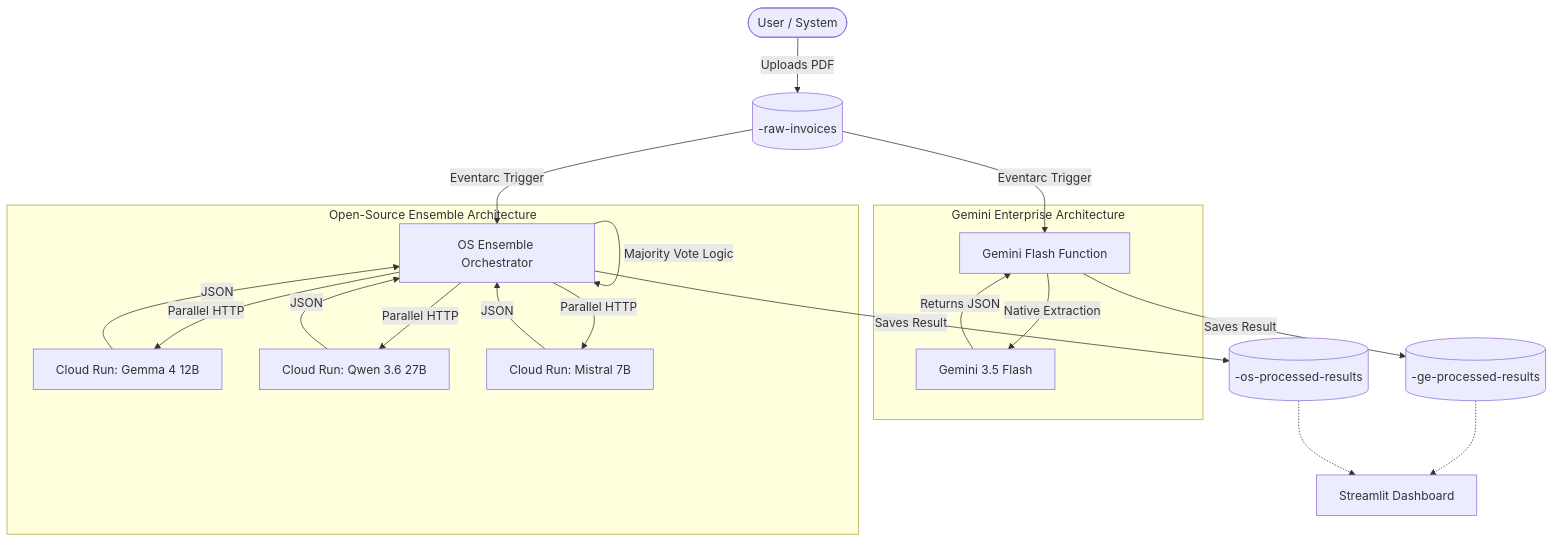
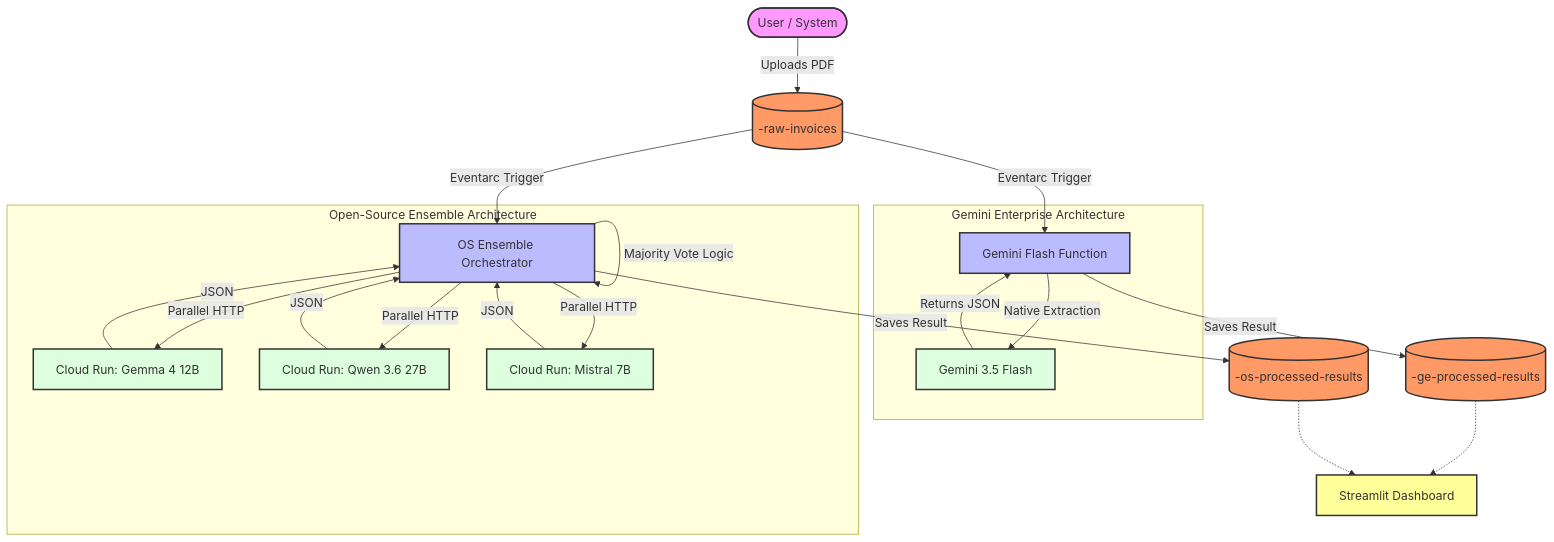
One commit to wojciehm/gcp-invoice-processor-demo changed the first of 2 diagrams in README.md. Above: the diagram before and after it, drawn with Mermaid. The commit also changed other lines of this file, not shown here.

Commit message:
docs: add vivid colors to architecture diagrams for better readability

````diff
--- a/README.md
+++ b/README.md
@@ -25,30 +25,36 @@
 ```mermaid
 graph TD
-    User([User / System]) -->|Uploads PDF| RawBucket[(<YOUR_BUCKET_PREFIX>-raw-invoices)]
+    classDef user fill:#f9f,stroke:#333,stroke-width:2px;
+    classDef bucket fill:#f96,stroke:#333,stroke-width:2px;
+    classDef compute fill:#bbf,stroke:#333,stroke-width:2px;
+    classDef model fill:#dfd,stroke:#333,stroke-width:2px;
+    classDef dashboard fill:#ff9,stroke:#333,stroke-width:2px;
+
+    User([User / System]):::user -->|Uploads PDF| RawBucket[(<YOUR_BUCKET_PREFIX>-raw-invoices)]:::bucket
     
-    RawBucket -->|Eventarc Trigger| GEM_CF[Gemini Flash Function]
-    RawBucket -->|Eventarc Trigger| OS_CF[OS Ensemble Orchestrator]
+    RawBucket -->|Eventarc Trigger| GEM_CF[Gemini Flash Function]:::compute
+    RawBucket -->|Eventarc Trigger| OS_CF[OS Ensemble Orchestrator]:::compute
     
     subgraph "Gemini Enterprise Architecture"
-        GEM_CF -->|Native Extraction| Gemini[Gemini 3.5 Flash]
+        GEM_CF -->|Native Extraction| Gemini[Gemini 3.5 Flash]:::model
         Gemini -->|Returns JSON| GEM_CF
     end
     
     subgraph "Open-Source Ensemble Architecture"
-        OS_CF -->|Parallel HTTP| Model1[Cloud Run: Gemma 4 12B]
-        OS_CF -->|Parallel HTTP| Model2[Cloud Run: Qwen 3.6 27B]
-        OS_CF -->|Parallel HTTP| Model3[Cloud Run: Mistral 7B]
+        OS_CF -->|Parallel HTTP| Model1[Cloud Run: Gemma 4 12B]:::model
+        OS_CF -->|Parallel HTTP| Model2[Cloud Run: Qwen 3.6 27B]:::model
+        OS_CF -->|Parallel HTTP| Model3[Cloud Run: Mistral 7B]:::model
         
         Model1 -->|JSON| OS_CF
         Model2 -->|JSON| OS_CF
         Model3 -->|JSON| OS_CF
         
         OS_CF -->|Majority Vote Logic| OS_CF
     end
     
-    GEM_CF -->|Saves Result| GEBucket[(<YOUR_BUCKET_PREFIX>-ge-processed-results)]
-    OS_CF -->|Saves Result| OSBucket[(<YOUR_BUCKET_PREFIX>-os-processed-results)]
+    GEM_CF -->|Saves Result| GEBucket[(<YOUR_BUCKET_PREFIX>-ge-processed-results)]:::bucket
+    OS_CF -->|Saves Result| OSBucket[(<YOUR_BUCKET_PREFIX>-os-processed-results)]:::bucket
     
-    GEBucket -.-> Dashboard[Streamlit Dashboard]
+    GEBucket -.-> Dashboard[Streamlit Dashboard]:::dashboard
     OSBucket -.-> Dashboard
 ```
````
